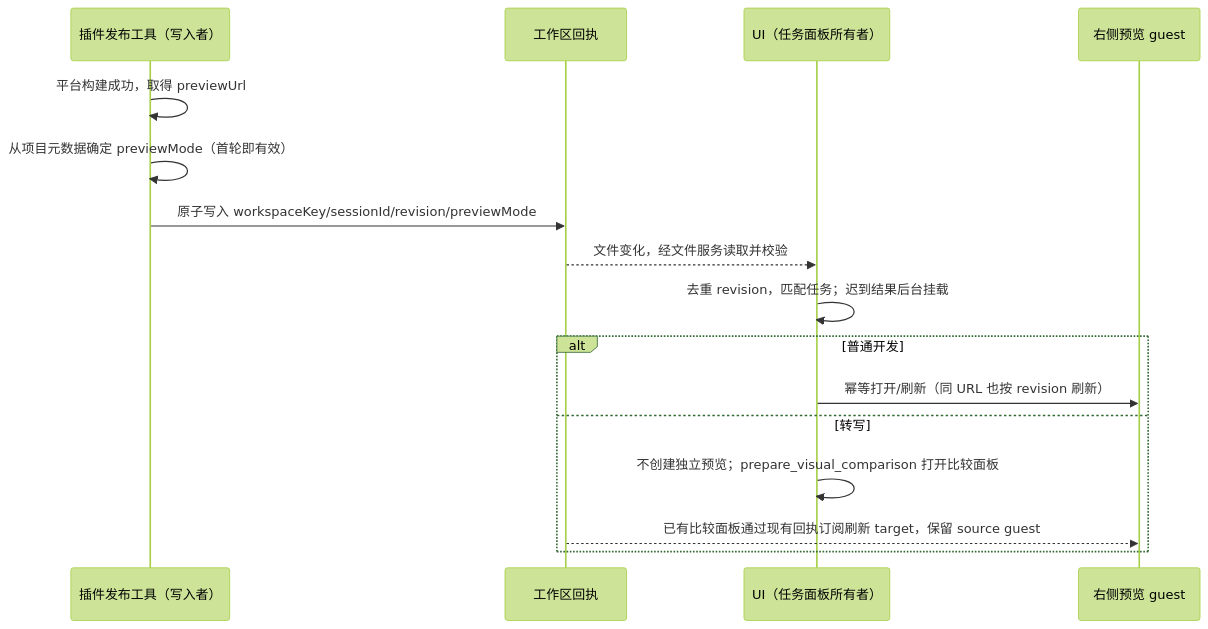
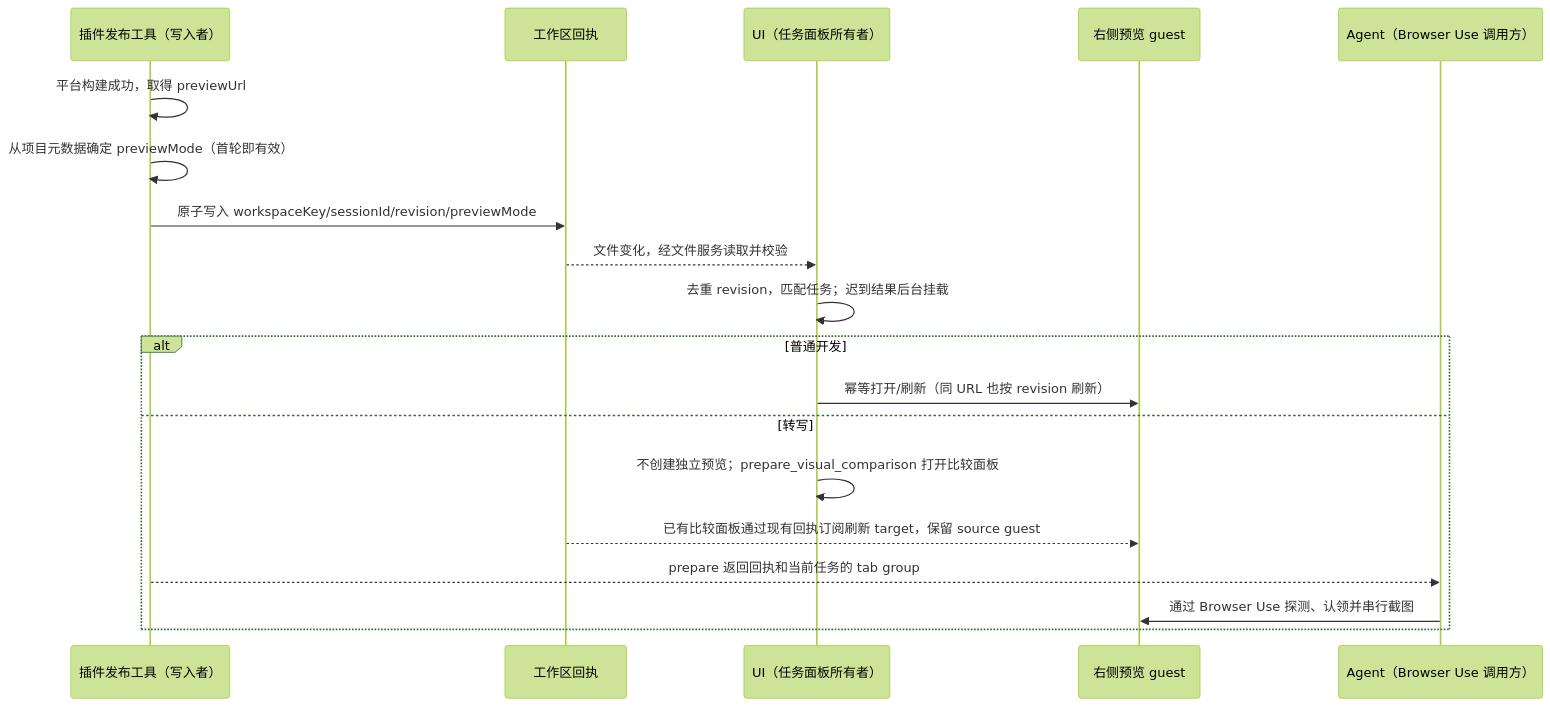
Before and after one commit to kaying-ai/KayingCode: the diagram in apps/zcode-cli/packages/kaying-for-taptap-plugin/spec/preview-workflow.md, drawn with Mermaid (forest theme). The commit also changed other lines of this file and 6 other files, not shown here.

````diff
--- a/apps/zcode-cli/packages/kaying-for-taptap-plugin/spec/preview-workflow.md
+++ b/apps/zcode-cli/packages/kaying-for-taptap-plugin/spec/preview-workflow.md
@@ -16,18 +19,21 @@
 ```mermaid
 sequenceDiagram
     participant P as 插件发布工具（写入者）
     participant R as 工作区回执
     participant U as UI（任务面板所有者）
     participant G as 右侧预览 guest
+    participant A as Agent（Browser Use 调用方）
     P->>P: 平台构建成功，取得 previewUrl
     P->>P: 从项目元数据确定 previewMode（首轮即有效）
     P->>R: 原子写入 workspaceKey/sessionId/revision/previewMode
     R-->>U: 文件变化，经文件服务读取并校验
     U->>U: 去重 revision，匹配任务；迟到结果后台挂载
     alt 普通开发
         U->>G: 幂等打开/刷新（同 URL 也按 revision 刷新）
     else 转写
         U->>U: 不创建独立预览；prepare_visual_comparison 打开比较面板
         R-->>G: 已有比较面板通过现有回执订阅刷新 target，保留 source guest
+        P-->>A: prepare 返回回执和当前任务的 tab group
+        A->>G: 通过 Browser Use 探测、认领并串行截图
     end
 ```
````
